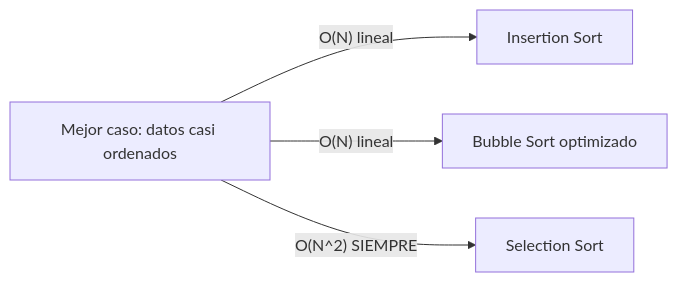
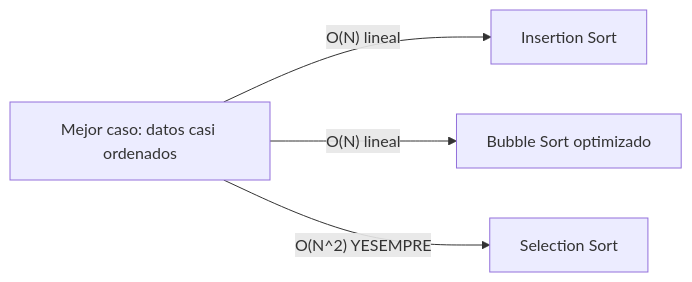
Before and after one commit to MiniLux0/LearningCpp: the fourth of 4 diagrams in 05_RecursionAlgorithms/theory/L36_QuadraticSorts.md, drawn with Mermaid. The commit also changed 13 other files, not shown here.

Commit message:
Refactor Section 05: English translation & programmatic SVG algorithmic diagrams

````diff
--- a/05_RecursionAlgorithms/theory/L36_QuadraticSorts.md
+++ b/05_RecursionAlgorithms/theory/L36_QuadraticSorts.md
@@ -165,7 +165,7 @@
 ```mermaid
 graph LR
     BEST["Mejor caso: datos casi ordenados"]
     BEST -->|"O(N) lineal"| IS["Insertion Sort"]
     BEST -->|"O(N) lineal"| BS["Bubble Sort optimizado"]
-    BEST -->|"O(N^2) SIEMPRE"| SS["Selection Sort"]
+    BEST -->|"O(N^2) YESEMPRE"| SS["Selection Sort"]
 ```
````
